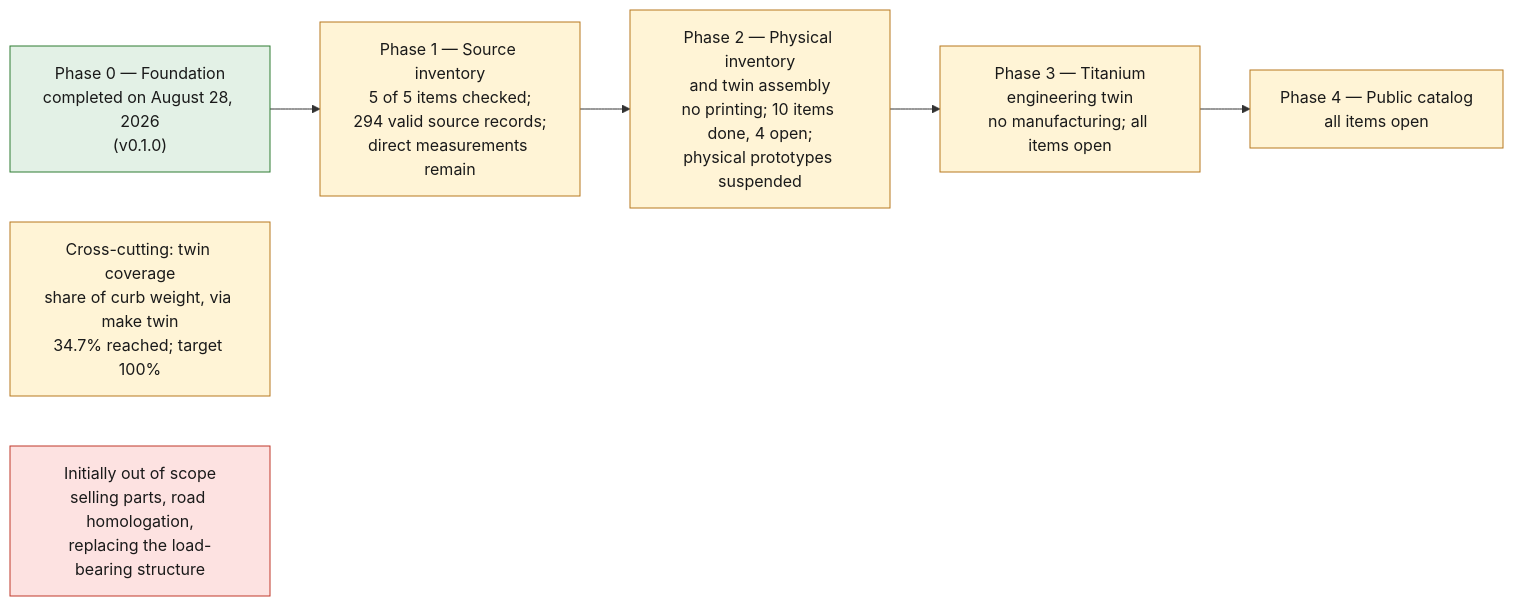
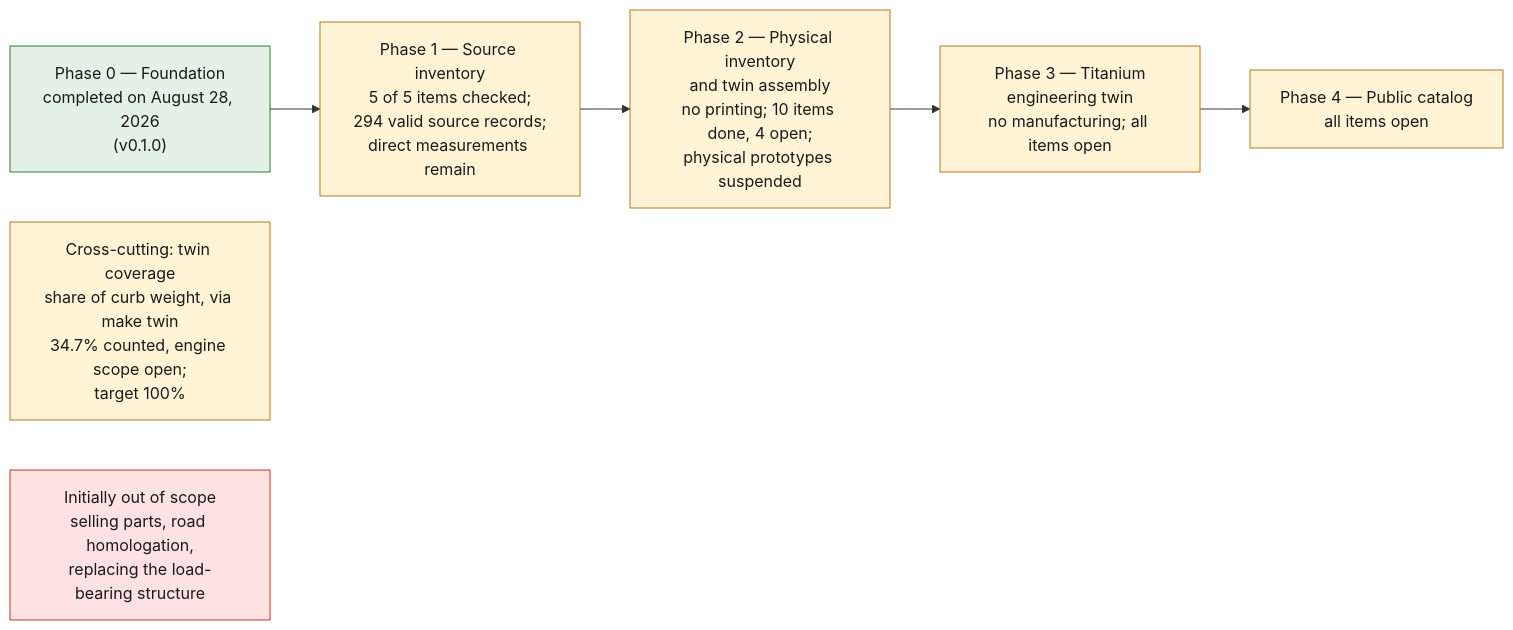
One commit to cluster2600/porscheparts changed the diagram in ROADMAP.md. Above: the diagram before and after it, drawn with Mermaid. The commit also changed other lines of this file and 10 other files, not shown here.

````diff
--- a/ROADMAP.md
+++ b/ROADMAP.md
@@ -5,14 +5,14 @@
 ```mermaid
 flowchart LR
     P0["Phase 0 — Foundation<br/>completed on August 28, 2026<br/>(v0.1.0)"]:::ok
     P1["Phase 1 — Source inventory<br/>5 of 5 items checked;<br/>294 valid source records;<br/>direct measurements remain"]:::open
     P2["Phase 2 — Physical inventory<br/>and twin assembly<br/>no printing; 10 items done, 4 open;<br/>physical prototypes suspended"]:::open
     P3["Phase 3 — Titanium<br/>engineering twin<br/>no manufacturing; all items open"]:::open
     P4["Phase 4 — Public catalog<br/>all items open"]:::open
     P0 --> P1 --> P2 --> P3 --> P4
-    COV["Cross-cutting: twin coverage<br/>share of curb weight, via make twin<br/>34.7% reached; target 100%"]:::open
+    COV["Cross-cutting: twin coverage<br/>share of curb weight, via make twin<br/>34.7% counted, engine scope open;<br/>target 100%"]:::open
     OUT["Initially out of scope<br/>selling parts, road homologation,<br/>replacing the load-bearing structure"]:::stop
     classDef stop fill:#fde2e1,stroke:#c0392b,color:#1a1a1a;
     classDef ok fill:#e3f1e6,stroke:#2e7d32,color:#1a1a1a;
     classDef open fill:#fff4d6,stroke:#b7791f,color:#1a1a1a;
 ```
````
